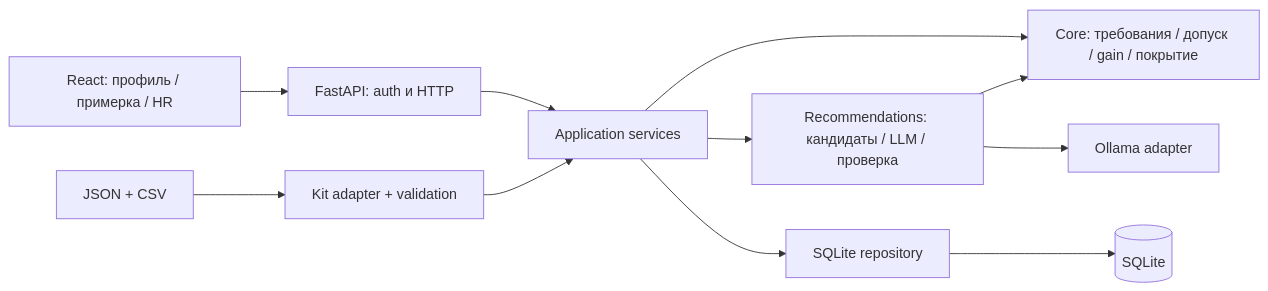
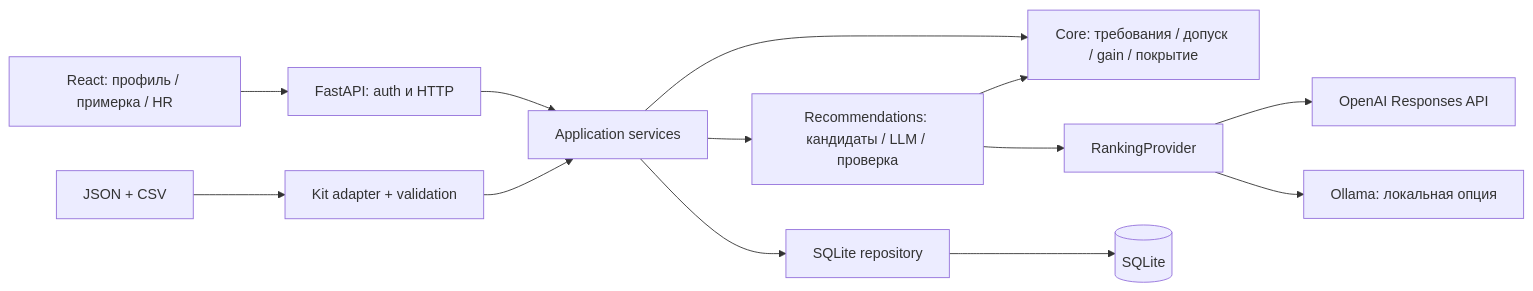
One commit to BAITC-Hacks/hack-3e883744-invincibles changed the diagram in docs/superpowers/specs/2026-09-23-shagra-design.md. Above: the diagram before and after it, drawn with Mermaid. The commit also changed other lines of this file and 3 other files, not shown here.

Commit message:
docs: adopt Tailwind and OpenAI API for Shagra MVP

````diff
--- a/docs/superpowers/specs/2026-09-23-shagra-design.md
+++ b/docs/superpowers/specs/2026-09-23-shagra-design.md
@@ -115,13 +119,15 @@
 ```mermaid
 flowchart LR
   UI[React: профиль / примерка / HR] --> API[FastAPI: auth и HTTP]
   API --> APP[Application services]
   APP --> CORE[Core: требования / допуск / gain / покрытие]
   APP --> REC[Recommendations: кандидаты / LLM / проверка]
   REC --> CORE
-  REC --> LLM[Ollama adapter]
+  REC --> LLM[RankingProvider]
+  LLM --> OPENAI[OpenAI Responses API]
+  LLM --> LOCAL[Ollama: локальная опция]
   APP --> REPO[SQLite repository]
   IMPORT[JSON + CSV] --> ADAPTER[Kit adapter + validation]
   ADAPTER --> APP
   REPO --> DB[(SQLite)]
 ```
````
